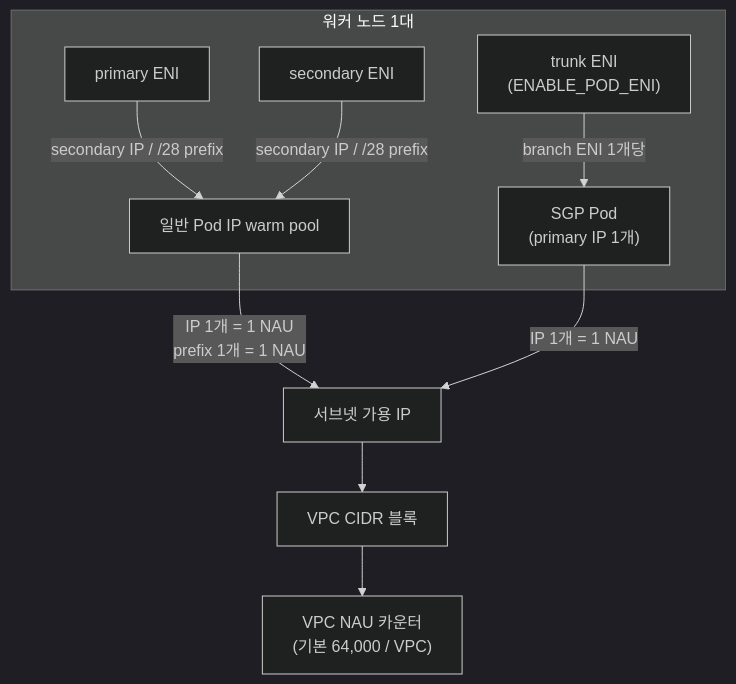
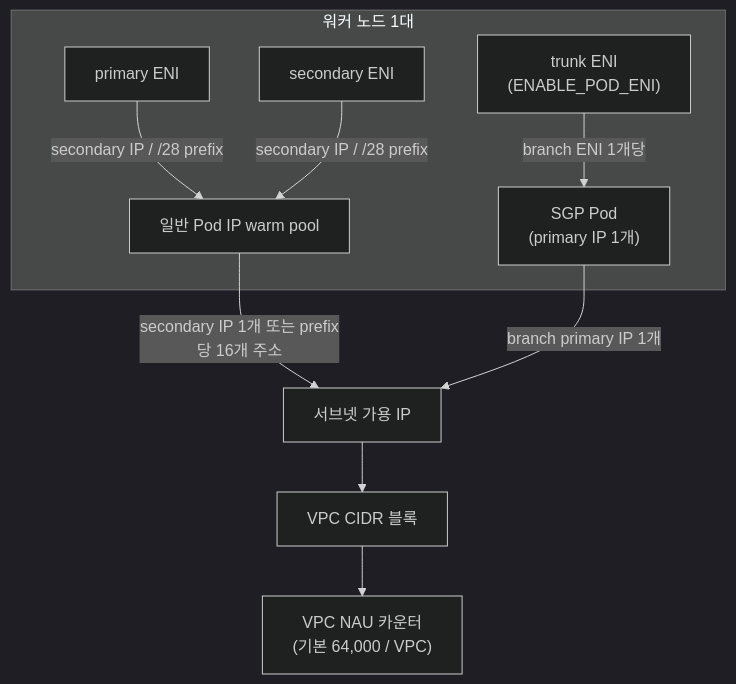
Before and after one commit to devfloor9/engineering-playbook: the diagram in docs/eks-best-practices/networking-performance/ip-capacity-planning-karpenter.md, drawn with Mermaid (dark theme). The commit also changed other lines of this file and 10 other files, not shown here.

````diff
--- a/docs/eks-best-practices/networking-performance/ip-capacity-planning-karpenter.md
+++ b/docs/eks-best-practices/networking-performance/ip-capacity-planning-karpenter.md
@@ -51,15 +51,15 @@
 ```mermaid
 flowchart TB
     subgraph NODE["워커 노드 1대"]
         PENI["primary ENI"]
         SENI["secondary ENI"]
         TENI["trunk ENI<br/>(ENABLE_POD_ENI)"]
         PENI -->|secondary IP / /28 prefix| POOL["일반 Pod IP warm pool"]
         SENI -->|secondary IP / /28 prefix| POOL
         TENI -->|branch ENI 1개당| BR["SGP Pod<br/>(primary IP 1개)"]
     end
-    POOL -->|IP 1개 = 1 NAU<br/>prefix 1개 = 1 NAU| SUBNET["서브넷 가용 IP"]
-    BR -->|IP 1개 = 1 NAU| SUBNET
+    POOL -->|secondary IP 1개 또는 prefix당 16개 주소| SUBNET["서브넷 가용 IP"]
+    BR -->|branch primary IP 1개| SUBNET
     SUBNET --> CIDR["VPC CIDR 블록"]
     CIDR --> NAU["VPC NAU 카운터<br/>(기본 64,000 / VPC)"]
 ```
````
